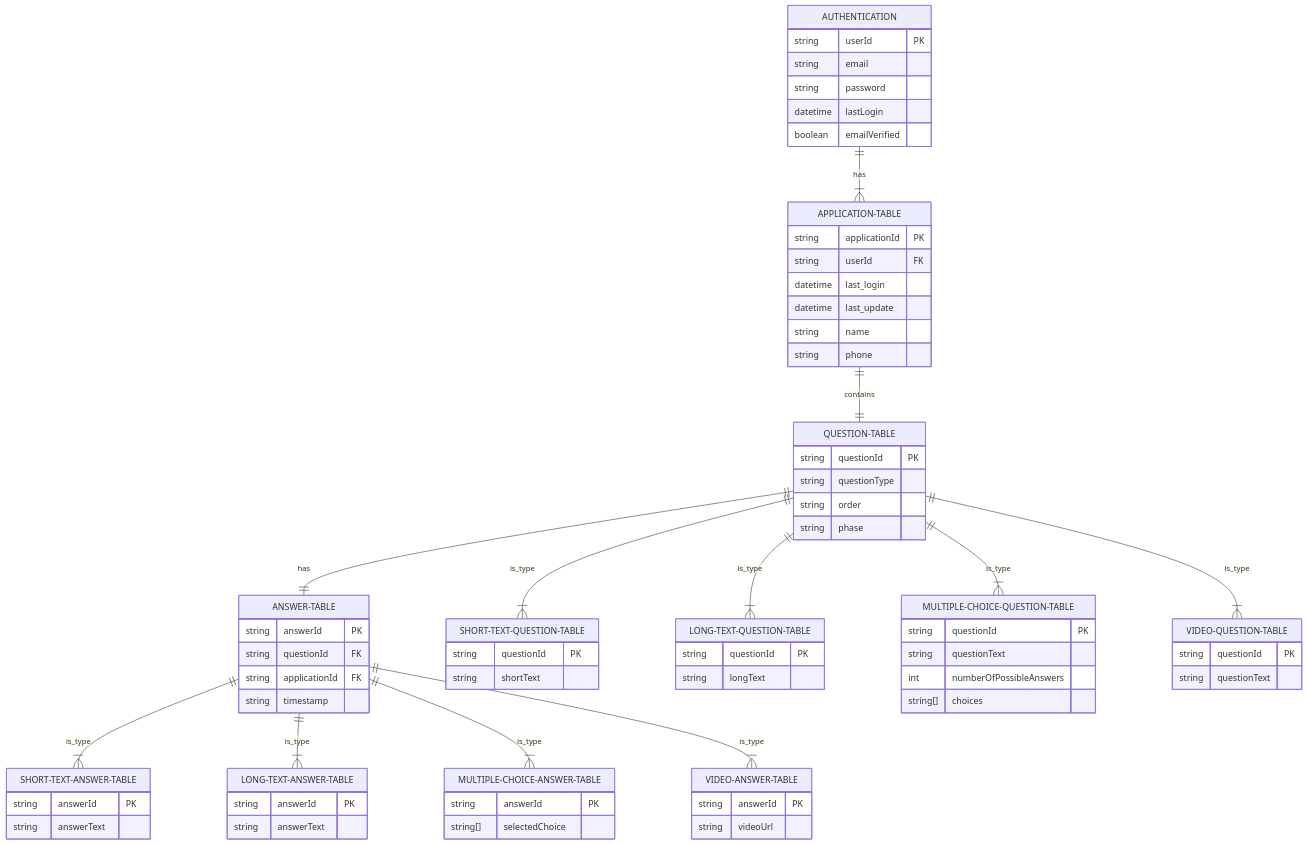
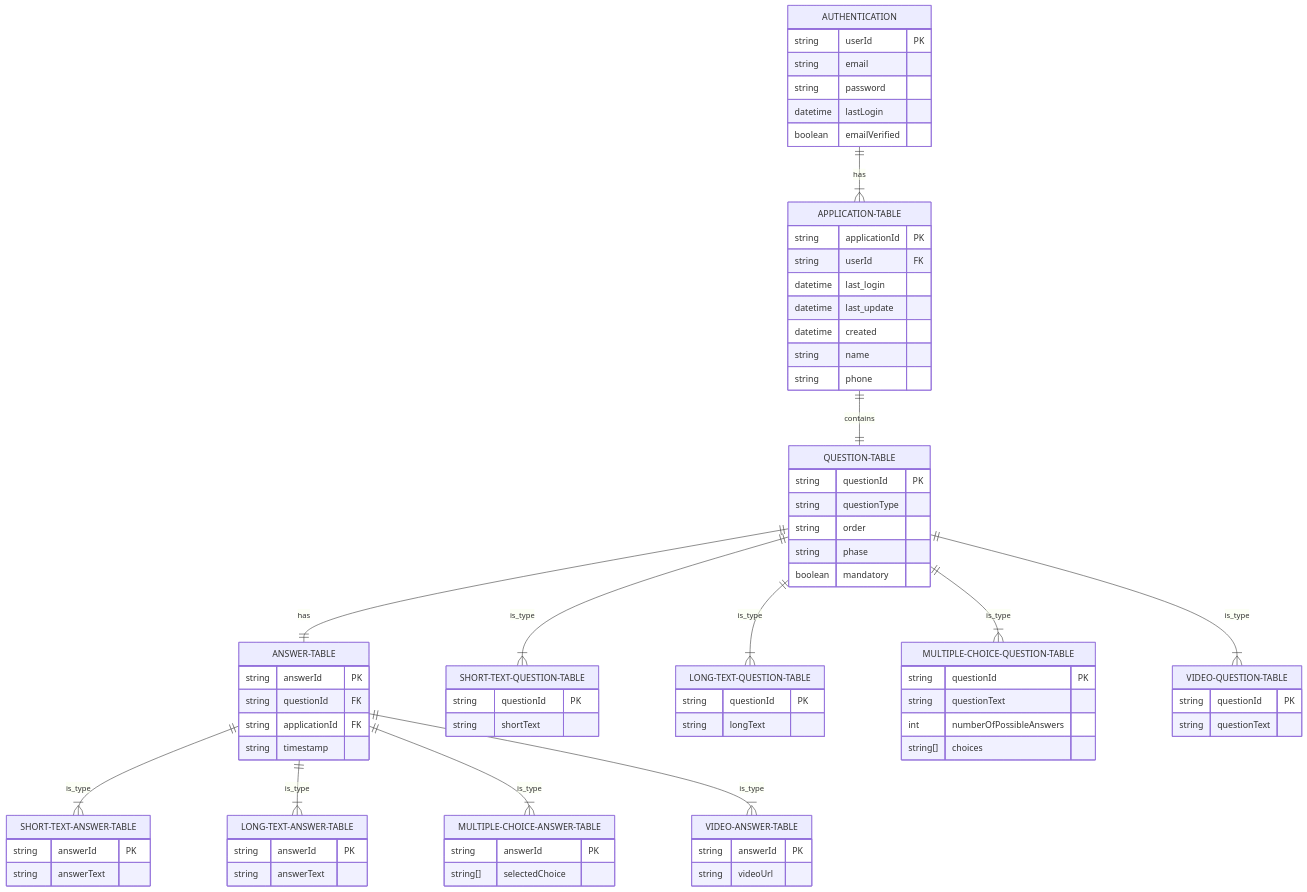
The diagram in backend/README.md (Interperle/application-platform), drawn with Mermaid before and after one commit.

Commit message:
added parameters

```diff
--- a/backend/README.md
+++ b/backend/README.md
@@ -29,6 +29,7 @@
         string userId FK
         datetime last_login
         datetime last_update
+        datetime created
         string name
         string phone
     }
@@ -38,6 +39,7 @@
         string questionType
         string order
         string phase
+        boolean mandatory
     }
     
     ANSWER-TABLE {
```
